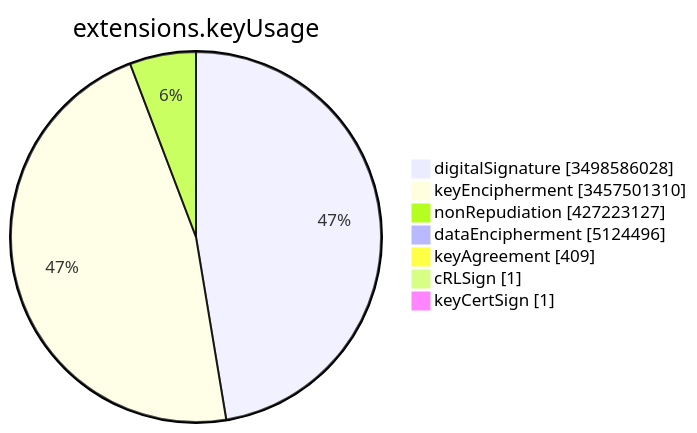
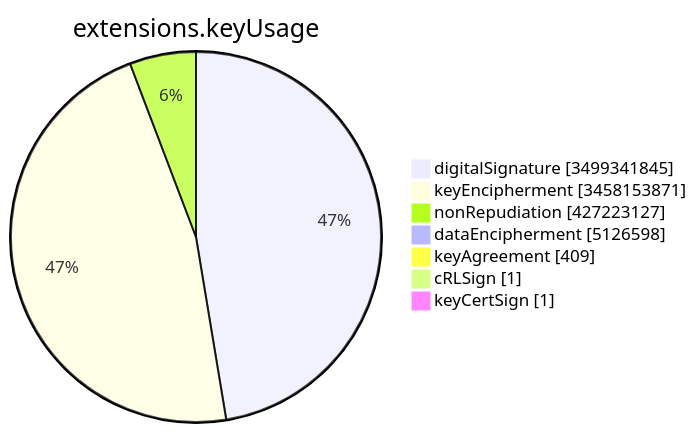
The sixth of 15 diagrams in TOTAL/README.md (christiankrug/ctmonitor_visualization), drawn with Mermaid before and after one commit. The commit also changed other lines of this file, not shown here.

````diff
--- a/TOTAL/README.md
+++ b/TOTAL/README.md
@@ -3083,11 +3083,11 @@
 ```mermaid
 pie showData
 title extensions.keyUsage
-"digitalSignature" :3498586028
-"keyEncipherment" :3457501310
+"digitalSignature" :3499341845
+"keyEncipherment" :3458153871
 "nonRepudiation" :427223127
-"dataEncipherment" :5124496
+"dataEncipherment" :5126598
 "keyAgreement" :409
 "cRLSign" :1
 "keyCertSign" :1
 ```
````
